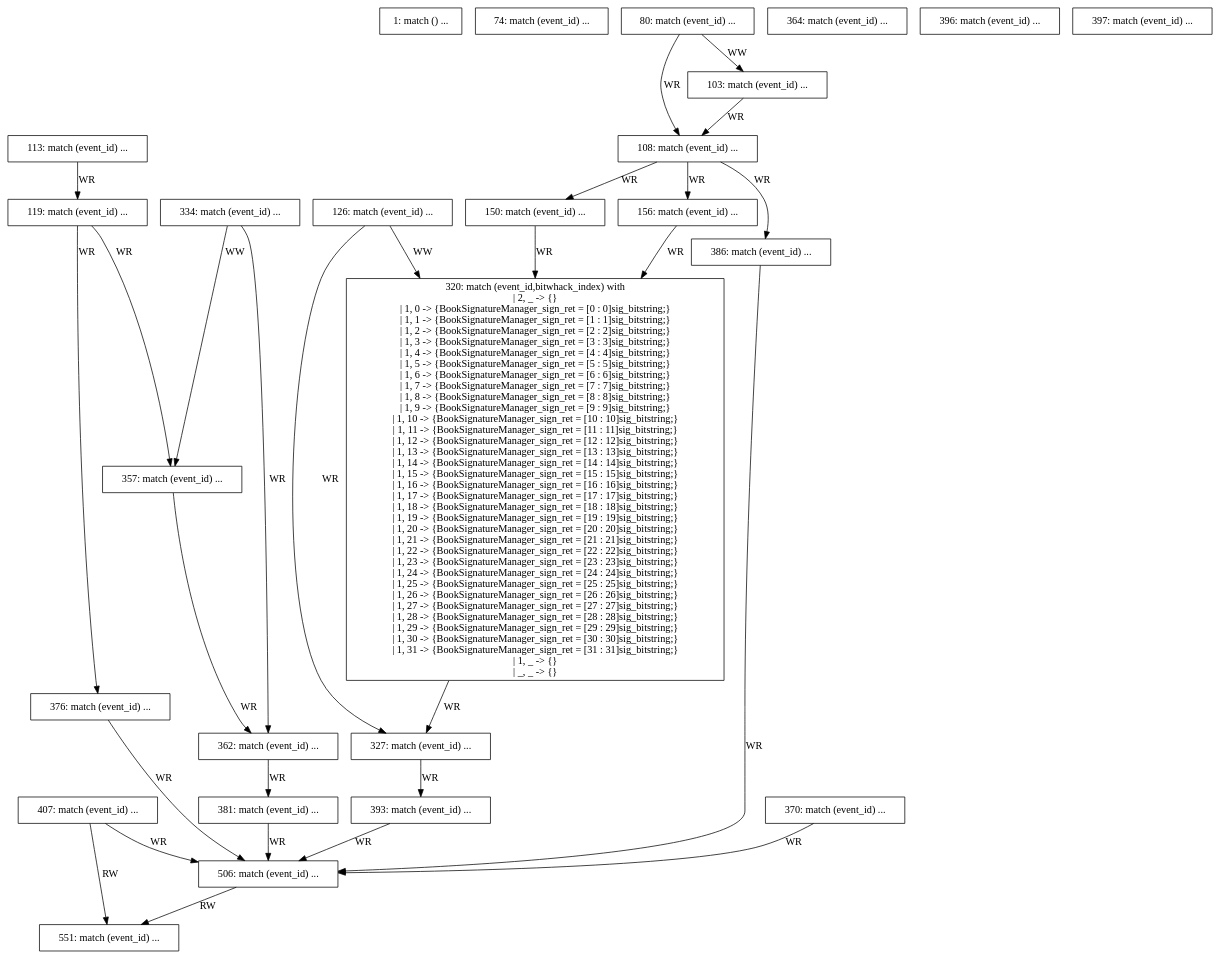
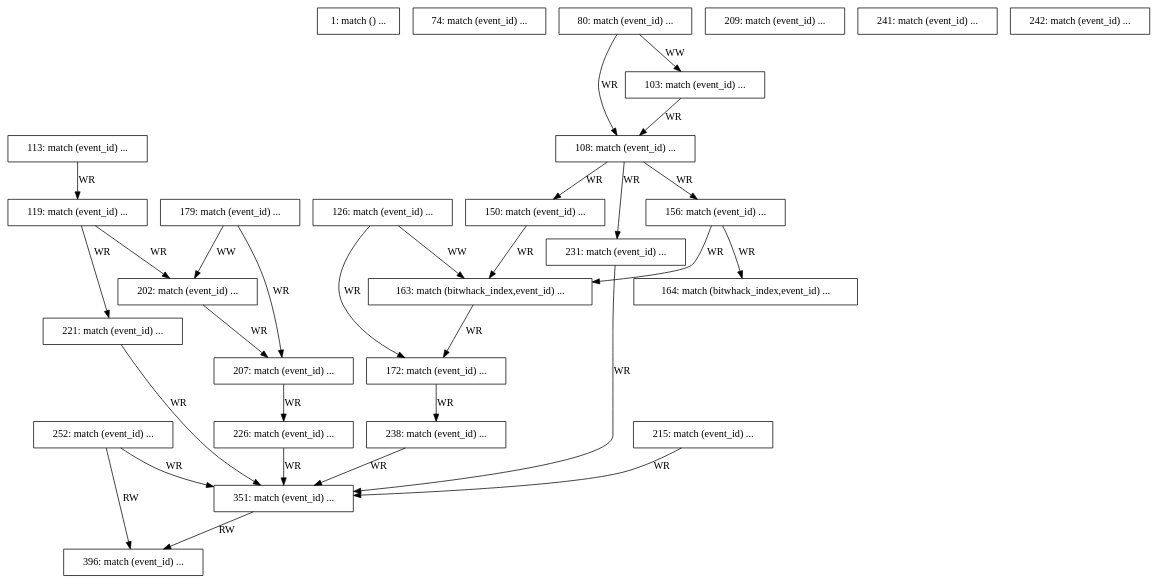
Before and after one commit to PrincetonUniversity/tango-routing: the diagram in target-stress/logs/graphs/dfg.dot, drawn with Graphviz. The commit also changed 12 other files, not shown here.

```diff
--- a/target-stress/logs/graphs/dfg.dot
+++ b/target-stress/logs/graphs/dfg.dot
@@ -19,72 +19,39 @@
 " [shape=box, ];
   "156: match (event_id) ...
 " [shape=box, ];
-  "320: match (event_id,bitwhack_index) with
-| 2, _ -> {}
-| 1, 0 -> {BookSignatureManager_sign_ret = [0 : 0]sig_bitstring;}
-| 1, 1 -> {BookSignatureManager_sign_ret = [1 : 1]sig_bitstring;}
-| 1, 2 -> {BookSignatureManager_sign_ret = [2 : 2]sig_bitstring;}
-| 1, 3 -> {BookSignatureManager_sign_ret = [3 : 3]sig_bitstring;}
-| 1, 4 -> {BookSignatureManager_sign_ret = [4 : 4]sig_bitstring;}
-| 1, 5 -> {BookSignatureManager_sign_ret = [5 : 5]sig_bitstring;}
-| 1, 6 -> {BookSignatureManager_sign_ret = [6 : 6]sig_bitstring;}
-| 1, 7 -> {BookSignatureManager_sign_ret = [7 : 7]sig_bitstring;}
-| 1, 8 -> {BookSignatureManager_sign_ret = [8 : 8]sig_bitstring;}
-| 1, 9 -> {BookSignatureManager_sign_ret = [9 : 9]sig_bitstring;}
-| 1, 10 -> {BookSignatureManager_sign_ret = [10 : 10]sig_bitstring;}
-| 1, 11 -> {BookSignatureManager_sign_ret = [11 : 11]sig_bitstring;}
-| 1, 12 -> {BookSignatureManager_sign_ret = [12 : 12]sig_bitstring;}
-| 1, 13 -> {BookSignatureManager_sign_ret = [13 : 13]sig_bitstring;}
-| 1, 14 -> {BookSignatureManager_sign_ret = [14 : 14]sig_bitstring;}
-| 1, 15 -> {BookSignatureManager_sign_ret = [15 : 15]sig_bitstring;}
-| 1, 16 -> {BookSignatureManager_sign_ret = [16 : 16]sig_bitstring;}
-| 1, 17 -> {BookSignatureManager_sign_ret = [17 : 17]sig_bitstring;}
-| 1, 18 -> {BookSignatureManager_sign_ret = [18 : 18]sig_bitstring;}
-| 1, 19 -> {BookSignatureManager_sign_ret = [19 : 19]sig_bitstring;}
-| 1, 20 -> {BookSignatureManager_sign_ret = [20 : 20]sig_bitstring;}
-| 1, 21 -> {BookSignatureManager_sign_ret = [21 : 21]sig_bitstring;}
-| 1, 22 -> {BookSignatureManager_sign_ret = [22 : 22]sig_bitstring;}
-| 1, 23 -> {BookSignatureManager_sign_ret = [23 : 23]sig_bitstring;}
-| 1, 24 -> {BookSignatureManager_sign_ret = [24 : 24]sig_bitstring;}
-| 1, 25 -> {BookSignatureManager_sign_ret = [25 : 25]sig_bitstring;}
-| 1, 26 -> {BookSignatureManager_sign_ret = [26 : 26]sig_bitstring;}
-| 1, 27 -> {BookSignatureManager_sign_ret = [27 : 27]sig_bitstring;}
-| 1, 28 -> {BookSignatureManager_sign_ret = [28 : 28]sig_bitstring;}
-| 1, 29 -> {BookSignatureManager_sign_ret = [29 : 29]sig_bitstring;}
-| 1, 30 -> {BookSignatureManager_sign_ret = [30 : 30]sig_bitstring;}
-| 1, 31 -> {BookSignatureManager_sign_ret = [31 : 31]sig_bitstring;}
-| 1, _ -> {}
-| _, _ -> {}" [
-  shape=box, ];
-  "327: match (event_id) ...
+  "163: match (bitwhack_index,event_id) ...
 " [shape=box, ];
-  "334: match (event_id) ...
+  "164: match (bitwhack_index,event_id) ...
 " [shape=box, ];
-  "357: match (event_id) ...
+  "172: match (event_id) ...
 " [shape=box, ];
-  "362: match (event_id) ...
+  "179: match (event_id) ...
 " [shape=box, ];
-  "364: match (event_id) ...
+  "202: match (event_id) ...
 " [shape=box, ];
-  "370: match (event_id) ...
+  "207: match (event_id) ...
 " [shape=box, ];
-  "376: match (event_id) ...
+  "209: match (event_id) ...
 " [shape=box, ];
-  "381: match (event_id) ...
+  "215: match (event_id) ...
 " [shape=box, ];
-  "386: match (event_id) ...
+  "221: match (event_id) ...
 " [shape=box, ];
-  "393: match (event_id) ...
+  "226: match (event_id) ...
+" [shape=box, ];
+  "231: match (event_id) ...
+" [shape=box, ];
+  "238: match (event_id) ...
+" [shape=box, ];
+  "241: match (event_id) ...
+" [shape=box, ];
+  "242: match (event_id) ...
+" [shape=box, ];
+  "252: match (event_id) ...
+" [shape=box, ];
+  "351: match (event_id) ...
 " [shape=box, ];
   "396: match (event_id) ...
-" [shape=box, ];
-  "397: match (event_id) ...
-" [shape=box, ];
-  "407: match (event_id) ...
-" [shape=box, ];
-  "506: match (event_id) ...
-" [shape=box, ];
-  "551: match (event_id) ...
 " [shape=box, ];
   
   
@@ -104,210 +71,78 @@
 " -> "156: match (event_id) ...
 " [label="WR", ];
   "108: match (event_id) ...
-" -> "386: match (event_id) ...
+" -> "231: match (event_id) ...
 " [label="WR", ];
   "113: match (event_id) ...
 " -> "119: match (event_id) ...
 " [label="WR", ];
   "119: match (event_id) ...
-" -> "357: match (event_id) ...
+" -> "202: match (event_id) ...
 " [label="WR", ];
   "119: match (event_id) ...
-" -> "376: match (event_id) ...
+" -> "221: match (event_id) ...
 " [label="WR", ];
   "126: match (event_id) ...
-" -> "320: match (event_id,bitwhack_index) with
-| 2, _ -> {}
-| 1, 0 -> {BookSignatureManager_sign_ret = [0 : 0]sig_bitstring;}
-| 1, 1 -> {BookSignatureManager_sign_ret = [1 : 1]sig_bitstring;}
-| 1, 2 -> {BookSignatureManager_sign_ret = [2 : 2]sig_bitstring;}
-| 1, 3 -> {BookSignatureManager_sign_ret = [3 : 3]sig_bitstring;}
-| 1, 4 -> {BookSignatureManager_sign_ret = [4 : 4]sig_bitstring;}
-| 1, 5 -> {BookSignatureManager_sign_ret = [5 : 5]sig_bitstring;}
-| 1, 6 -> {BookSignatureManager_sign_ret = [6 : 6]sig_bitstring;}
-| 1, 7 -> {BookSignatureManager_sign_ret = [7 : 7]sig_bitstring;}
-| 1, 8 -> {BookSignatureManager_sign_ret = [8 : 8]sig_bitstring;}
-| 1, 9 -> {BookSignatureManager_sign_ret = [9 : 9]sig_bitstring;}
-| 1, 10 -> {BookSignatureManager_sign_ret = [10 : 10]sig_bitstring;}
-| 1, 11 -> {BookSignatureManager_sign_ret = [11 : 11]sig_bitstring;}
-| 1, 12 -> {BookSignatureManager_sign_ret = [12 : 12]sig_bitstring;}
-| 1, 13 -> {BookSignatureManager_sign_ret = [13 : 13]sig_bitstring;}
-| 1, 14 -> {BookSignatureManager_sign_ret = [14 : 14]sig_bitstring;}
-| 1, 15 -> {BookSignatureManager_sign_ret = [15 : 15]sig_bitstring;}
-| 1, 16 -> {BookSignatureManager_sign_ret = [16 : 16]sig_bitstring;}
-| 1, 17 -> {BookSignatureManager_sign_ret = [17 : 17]sig_bitstring;}
-| 1, 18 -> {BookSignatureManager_sign_ret = [18 : 18]sig_bitstring;}
-| 1, 19 -> {BookSignatureManager_sign_ret = [19 : 19]sig_bitstring;}
-| 1, 20 -> {BookSignatureManager_sign_ret = [20 : 20]sig_bitstring;}
-| 1, 21 -> {BookSignatureManager_sign_ret = [21 : 21]sig_bitstring;}
-| 1, 22 -> {BookSignatureManager_sign_ret = [22 : 22]sig_bitstring;}
-| 1, 23 -> {BookSignatureManager_sign_ret = [23 : 23]sig_bitstring;}
-| 1, 24 -> {BookSignatureManager_sign_ret = [24 : 24]sig_bitstring;}
-| 1, 25 -> {BookSignatureManager_sign_ret = [25 : 25]sig_bitstring;}
-| 1, 26 -> {BookSignatureManager_sign_ret = [26 : 26]sig_bitstring;}
-| 1, 27 -> {BookSignatureManager_sign_ret = [27 : 27]sig_bitstring;}
-| 1, 28 -> {BookSignatureManager_sign_ret = [28 : 28]sig_bitstring;}
-| 1, 29 -> {BookSignatureManager_sign_ret = [29 : 29]sig_bitstring;}
-| 1, 30 -> {BookSignatureManager_sign_ret = [30 : 30]sig_bitstring;}
-| 1, 31 -> {BookSignatureManager_sign_ret = [31 : 31]sig_bitstring;}
-| 1, _ -> {}
-| _, _ -> {}" [
+" -> "163: match (bitwhack_index,event_id) ...
+" [
   label="WW", ];
   "126: match (event_id) ...
-" -> "327: match (event_id) ...
+" -> "172: match (event_id) ...
 " [label="WR", ];
   "150: match (event_id) ...
-" -> "320: match (event_id,bitwhack_index) with
-| 2, _ -> {}
-| 1, 0 -> {BookSignatureManager_sign_ret = [0 : 0]sig_bitstring;}
-| 1, 1 -> {BookSignatureManager_sign_ret = [1 : 1]sig_bitstring;}
-| 1, 2 -> {BookSignatureManager_sign_ret = [2 : 2]sig_bitstring;}
-| 1, 3 -> {BookSignatureManager_sign_ret = [3 : 3]sig_bitstring;}
-| 1, 4 -> {BookSignatureManager_sign_ret = [4 : 4]sig_bitstring;}
-| 1, 5 -> {BookSignatureManager_sign_ret = [5 : 5]sig_bitstring;}
-| 1, 6 -> {BookSignatureManager_sign_ret = [6 : 6]sig_bitstring;}
-| 1, 7 -> {BookSignatureManager_sign_ret = [7 : 7]sig_bitstring;}
-| 1, 8 -> {BookSignatureManager_sign_ret = [8 : 8]sig_bitstring;}
-| 1, 9 -> {BookSignatureManager_sign_ret = [9 : 9]sig_bitstring;}
-| 1, 10 -> {BookSignatureManager_sign_ret = [10 : 10]sig_bitstring;}
-| 1, 11 -> {BookSignatureManager_sign_ret = [11 : 11]sig_bitstring;}
-| 1, 12 -> {BookSignatureManager_sign_ret = [12 : 12]sig_bitstring;}
-| 1, 13 -> {BookSignatureManager_sign_ret = [13 : 13]sig_bitstring;}
-| 1, 14 -> {BookSignatureManager_sign_ret = [14 : 14]sig_bitstring;}
-| 1, 15 -> {BookSignatureManager_sign_ret = [15 : 15]sig_bitstring;}
-| 1, 16 -> {BookSignatureManager_sign_ret = [16 : 16]sig_bitstring;}
-| 1, 17 -> {BookSignatureManager_sign_ret = [17 : 17]sig_bitstring;}
-| 1, 18 -> {BookSignatureManager_sign_ret = [18 : 18]sig_bitstring;}
-| 1, 19 -> {BookSignatureManager_sign_ret = [19 : 19]sig_bitstring;}
-| 1, 20 -> {BookSignatureManager_sign_ret = [20 : 20]sig_bitstring;}
-| 1, 21 -> {BookSignatureManager_sign_ret = [21 : 21]sig_bitstring;}
-| 1, 22 -> {BookSignatureManager_sign_ret = [22 : 22]sig_bitstring;}
-| 1, 23 -> {BookSignatureManager_sign_ret = [23 : 23]sig_bitstring;}
-| 1, 24 -> {BookSignatureManager_sign_ret = [24 : 24]sig_bitstring;}
-| 1, 25 -> {BookSignatureManager_sign_ret = [25 : 25]sig_bitstring;}
-| 1, 26 -> {BookSignatureManager_sign_ret = [26 : 26]sig_bitstring;}
-| 1, 27 -> {BookSignatureManager_sign_ret = [27 : 27]sig_bitstring;}
-| 1, 28 -> {BookSignatureManager_sign_ret = [28 : 28]sig_bitstring;}
-| 1, 29 -> {BookSignatureManager_sign_ret = [29 : 29]sig_bitstring;}
-| 1, 30 -> {BookSignatureManager_sign_ret = [30 : 30]sig_bitstring;}
-| 1, 31 -> {BookSignatureManager_sign_ret = [31 : 31]sig_bitstring;}
-| 1, _ -> {}
-| _, _ -> {}" [
+" -> "163: match (bitwhack_index,event_id) ...
+" [
   label="WR", ];
   "156: match (event_id) ...
-" -> "320: match (event_id,bitwhack_index) with
-| 2, _ -> {}
-| 1, 0 -> {BookSignatureManager_sign_ret = [0 : 0]sig_bitstring;}
-| 1, 1 -> {BookSignatureManager_sign_ret = [1 : 1]sig_bitstring;}
-| 1, 2 -> {BookSignatureManager_sign_ret = [2 : 2]sig_bitstring;}
-| 1, 3 -> {BookSignatureManager_sign_ret = [3 : 3]sig_bitstring;}
-| 1, 4 -> {BookSignatureManager_sign_ret = [4 : 4]sig_bitstring;}
-| 1, 5 -> {BookSignatureManager_sign_ret = [5 : 5]sig_bitstring;}
-| 1, 6 -> {BookSignatureManager_sign_ret = [6 : 6]sig_bitstring;}
-| 1, 7 -> {BookSignatureManager_sign_ret = [7 : 7]sig_bitstring;}
-| 1, 8 -> {BookSignatureManager_sign_ret = [8 : 8]sig_bitstring;}
-| 1, 9 -> {BookSignatureManager_sign_ret = [9 : 9]sig_bitstring;}
-| 1, 10 -> {BookSignatureManager_sign_ret = [10 : 10]sig_bitstring;}
-| 1, 11 -> {BookSignatureManager_sign_ret = [11 : 11]sig_bitstring;}
-| 1, 12 -> {BookSignatureManager_sign_ret = [12 : 12]sig_bitstring;}
-| 1, 13 -> {BookSignatureManager_sign_ret = [13 : 13]sig_bitstring;}
-| 1, 14 -> {BookSignatureManager_sign_ret = [14 : 14]sig_bitstring;}
-| 1, 15 -> {BookSignatureManager_sign_ret = [15 : 15]sig_bitstring;}
-| 1, 16 -> {BookSignatureManager_sign_ret = [16 : 16]sig_bitstring;}
-| 1, 17 -> {BookSignatureManager_sign_ret = [17 : 17]sig_bitstring;}
-| 1, 18 -> {BookSignatureManager_sign_ret = [18 : 18]sig_bitstring;}
-| 1, 19 -> {BookSignatureManager_sign_ret = [19 : 19]sig_bitstring;}
-| 1, 20 -> {BookSignatureManager_sign_ret = [20 : 20]sig_bitstring;}
-| 1, 21 -> {BookSignatureManager_sign_ret = [21 : 21]sig_bitstring;}
-| 1, 22 -> {BookSignatureManager_sign_ret = [22 : 22]sig_bitstring;}
-| 1, 23 -> {BookSignatureManager_sign_ret = [23 : 23]sig_bitstring;}
-| 1, 24 -> {BookSignatureManager_sign_ret = [24 : 24]sig_bitstring;}
-| 1, 25 -> {BookSignatureManager_sign_ret = [25 : 25]sig_bitstring;}
-| 1, 26 -> {BookSignatureManager_sign_ret = [26 : 26]sig_bitstring;}
-| 1, 27 -> {BookSignatureManager_sign_ret = [27 : 27]sig_bitstring;}
-| 1, 28 -> {BookSignatureManager_sign_ret = [28 : 28]sig_bitstring;}
-| 1, 29 -> {BookSignatureManager_sign_ret = [29 : 29]sig_bitstring;}
-| 1, 30 -> {BookSignatureManager_sign_ret = [30 : 30]sig_bitstring;}
-| 1, 31 -> {BookSignatureManager_sign_ret = [31 : 31]sig_bitstring;}
-| 1, _ -> {}
-| _, _ -> {}" [
-  label="WR", ];
-  "320: match (event_id,bitwhack_index) with
-| 2, _ -> {}
-| 1, 0 -> {BookSignatureManager_sign_ret = [0 : 0]sig_bitstring;}
-| 1, 1 -> {BookSignatureManager_sign_ret = [1 : 1]sig_bitstring;}
-| 1, 2 -> {BookSignatureManager_sign_ret = [2 : 2]sig_bitstring;}
-| 1, 3 -> {BookSignatureManager_sign_ret = [3 : 3]sig_bitstring;}
-| 1, 4 -> {BookSignatureManager_sign_ret = [4 : 4]sig_bitstring;}
-| 1, 5 -> {BookSignatureManager_sign_ret = [5 : 5]sig_bitstring;}
-| 1, 6 -> {BookSignatureManager_sign_ret = [6 : 6]sig_bitstring;}
-| 1, 7 -> {BookSignatureManager_sign_ret = [7 : 7]sig_bitstring;}
-| 1, 8 -> {BookSignatureManager_sign_ret = [8 : 8]sig_bitstring;}
-| 1, 9 -> {BookSignatureManager_sign_ret = [9 : 9]sig_bitstring;}
-| 1, 10 -> {BookSignatureManager_sign_ret = [10 : 10]sig_bitstring;}
-| 1, 11 -> {BookSignatureManager_sign_ret = [11 : 11]sig_bitstring;}
-| 1, 12 -> {BookSignatureManager_sign_ret = [12 : 12]sig_bitstring;}
-| 1, 13 -> {BookSignatureManager_sign_ret = [13 : 13]sig_bitstring;}
-| 1, 14 -> {BookSignatureManager_sign_ret = [14 : 14]sig_bitstring;}
-| 1, 15 -> {BookSignatureManager_sign_ret = [15 : 15]sig_bitstring;}
-| 1, 16 -> {BookSignatureManager_sign_ret = [16 : 16]sig_bitstring;}
-| 1, 17 -> {BookSignatureManager_sign_ret = [17 : 17]sig_bitstring;}
-| 1, 18 -> {BookSignatureManager_sign_ret = [18 : 18]sig_bitstring;}
-| 1, 19 -> {BookSignatureManager_sign_ret = [19 : 19]sig_bitstring;}
-| 1, 20 -> {BookSignatureManager_sign_ret = [20 : 20]sig_bitstring;}
-| 1, 21 -> {BookSignatureManager_sign_ret = [21 : 21]sig_bitstring;}
-| 1, 22 -> {BookSignatureManager_sign_ret = [22 : 22]sig_bitstring;}
-| 1, 23 -> {BookSignatureManager_sign_ret = [23 : 23]sig_bitstring;}
-| 1, 24 -> {BookSignatureManager_sign_ret = [24 : 24]sig_bitstring;}
-| 1, 25 -> {BookSignatureManager_sign_ret = [25 : 25]sig_bitstring;}
-| 1, 26 -> {BookSignatureManager_sign_ret = [26 : 26]sig_bitstring;}
-| 1, 27 -> {BookSignatureManager_sign_ret = [27 : 27]sig_bitstring;}
-| 1, 28 -> {BookSignatureManager_sign_ret = [28 : 28]sig_bitstring;}
-| 1, 29 -> {BookSignatureManager_sign_ret = [29 : 29]sig_bitstring;}
-| 1, 30 -> {BookSignatureManager_sign_ret = [30 : 30]sig_bitstring;}
-| 1, 31 -> {BookSignatureManager_sign_ret = [31 : 31]sig_bitstring;}
-| 1, _ -> {}
-| _, _ -> {}" -> "327: match (event_id) ...
+" -> "163: match (bitwhack_index,event_id) ...
 " [
   label="WR", ];
-  "327: match (event_id) ...
-" -> "393: match (event_id) ...
+  "156: match (event_id) ...
+" -> "164: match (bitwhack_index,event_id) ...
+" [
+  label="WR", ];
+  "163: match (bitwhack_index,event_id) ...
+" -> "172: match (event_id) ...
+" [
+  label="WR", ];
+  "172: match (event_id) ...
+" -> "238: match (event_id) ...
 " [label="WR", ];
-  "334: match (event_id) ...
-" -> "357: match (event_id) ...
+  "179: match (event_id) ...
+" -> "202: match (event_id) ...
 " [label="WW", ];
-  "334: match (event_id) ...
-" -> "362: match (event_id) ...
+  "179: match (event_id) ...
+" -> "207: match (event_id) ...
 " [label="WR", ];
-  "357: match (event_id) ...
-" -> "362: match (event_id) ...
+  "202: match (event_id) ...
+" -> "207: match (event_id) ...
 " [label="WR", ];
-  "362: match (event_id) ...
-" -> "381: match (event_id) ...
+  "207: match (event_id) ...
+" -> "226: match (event_id) ...
 " [label="WR", ];
-  "370: match (event_id) ...
-" -> "506: match (event_id) ...
+  "215: match (event_id) ...
+" -> "351: match (event_id) ...
 " [label="WR", ];
-  "376: match (event_id) ...
-" -> "506: match (event_id) ...
+  "221: match (event_id) ...
+" -> "351: match (event_id) ...
 " [label="WR", ];
-  "381: match (event_id) ...
-" -> "506: match (event_id) ...
+  "226: match (event_id) ...
+" -> "351: match (event_id) ...
 " [label="WR", ];
-  "386: match (event_id) ...
-" -> "506: match (event_id) ...
+  "231: match (event_id) ...
+" -> "351: match (event_id) ...
 " [label="WR", ];
-  "393: match (event_id) ...
-" -> "506: match (event_id) ...
+  "238: match (event_id) ...
+" -> "351: match (event_id) ...
 " [label="WR", ];
-  "407: match (event_id) ...
-" -> "506: match (event_id) ...
+  "252: match (event_id) ...
+" -> "351: match (event_id) ...
 " [label="WR", ];
-  "407: match (event_id) ...
-" -> "551: match (event_id) ...
+  "252: match (event_id) ...
+" -> "396: match (event_id) ...
 " [label="RW", ];
-  "506: match (event_id) ...
-" -> "551: match (event_id) ...
+  "351: match (event_id) ...
+" -> "396: match (event_id) ...
 " [label="RW", ];
   
   }
```
